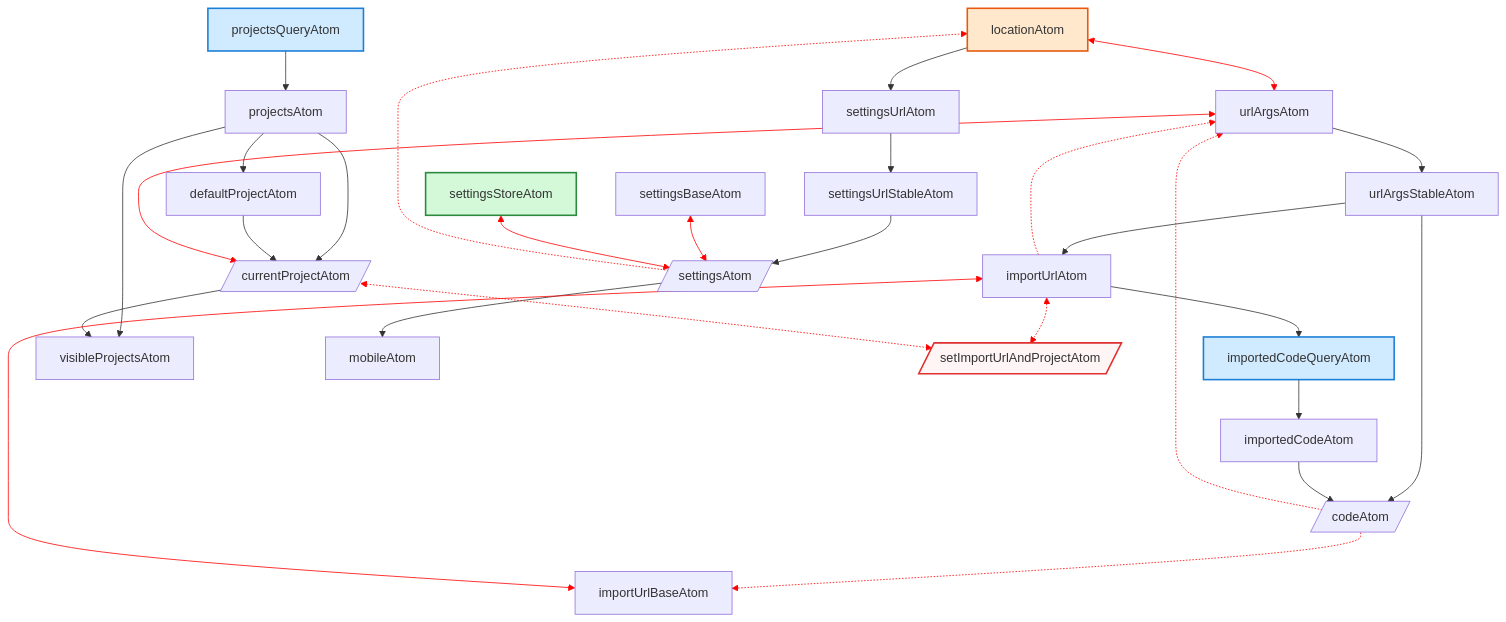
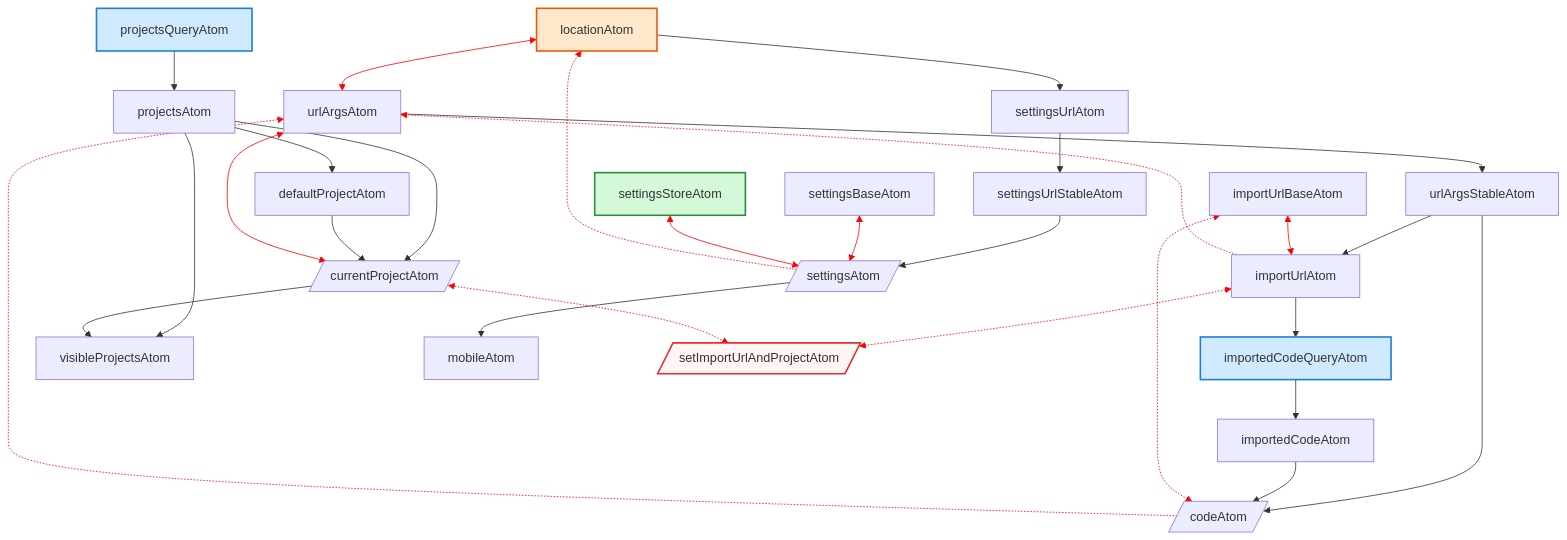
The diagram in doc/Development.md (leanprover-community/lean4web), drawn with Mermaid before and after one commit.

Commit message:
doc: fix atom graph

````diff
--- a/doc/Development.md
+++ b/doc/Development.md
@@ -45,72 +45,74 @@
 ```mermaid
 graph TD;
 
   %% getter
   urlArgsAtom-->urlArgsStableAtom;
   urlArgsStableAtom-->importUrlAtom;
   importUrlAtom-->importedCodeQueryAtom;
   importedCodeQueryAtom-->importedCodeAtom;
   projectsQueryAtom-->projectsAtom
   projectsAtom-->defaultProjectAtom;
   currentProjectAtom[/currentProjectAtom/]
   projectsAtom-->currentProjectAtom;
   defaultProjectAtom-->currentProjectAtom;
   projectsAtom-->visibleProjectsAtom;
   currentProjectAtom-->visibleProjectsAtom;
+  importUrlBaseAtom
+  importUrlAtom
   codeAtom[/codeAtom/]
   urlArgsStableAtom-->codeAtom;
   importedCodeAtom-->codeAtom;
   locationAtom-->settingsUrlAtom;
   settingsUrlAtom-->settingsUrlStableAtom;
   settingsAtom[/settingsAtom/]
   settingsUrlStableAtom-->settingsAtom;
   settingsAtom-->mobileAtom;
 
   %% getter and setter
   locationAtom<-->urlArgsAtom;
   importUrlBaseAtom<-->importUrlAtom;
   urlArgsAtom<-->currentProjectAtom;
   settingsBaseAtom<-->settingsAtom;
   settingsStoreAtom<-->settingsAtom;
 
   %% setter
   importUrlAtom -.-> urlArgsAtom;
   codeAtom -.-> urlArgsAtom;
-  codeAtom -.-> importUrlBaseAtom;
+  importUrlBaseAtom <-.-> codeAtom;
   settingsAtom -.-> locationAtom;
 
   setImportUrlAndProjectAtom[/setImportUrlAndProjectAtom/]
   importUrlAtom <-.-> setImportUrlAndProjectAtom
   currentProjectAtom <-.-> setImportUrlAndProjectAtom
 
   %% Styles
   linkStyle 16 stroke: red;
   linkStyle 17 stroke: red;
   linkStyle 18 stroke: red;
   linkStyle 19 stroke: red;
   linkStyle 20 stroke: red;
   linkStyle 21 stroke: red;
   linkStyle 22 stroke: red;
   linkStyle 23 stroke: red;
   linkStyle 24 stroke: red;
   linkStyle 25 stroke: red;
   linkStyle 26 stroke: red;
 
   classDef query fill:#d0ebff,stroke:#1c7ed6,stroke-width:2px;
   classDef storage fill:#d3f9d8,stroke:#2b8a3e,stroke-width:2px;
   classDef location fill:#ffe8cc,stroke:#e8590c,stroke-width:2px;
   classDef setter fill:#fff5f5,stroke:#e03131,stroke-width:2px;
 
   %% Location atoms
   class locationAtom location;
 
   %% Query atoms
   class importedCodeQueryAtom query;
   class projectsQueryAtom query;
 
   %% Storage atoms
   class settingsStoreAtom storage;
 
   %% Setter
   class setImportUrlAndProjectAtom setter;
 ```
````
